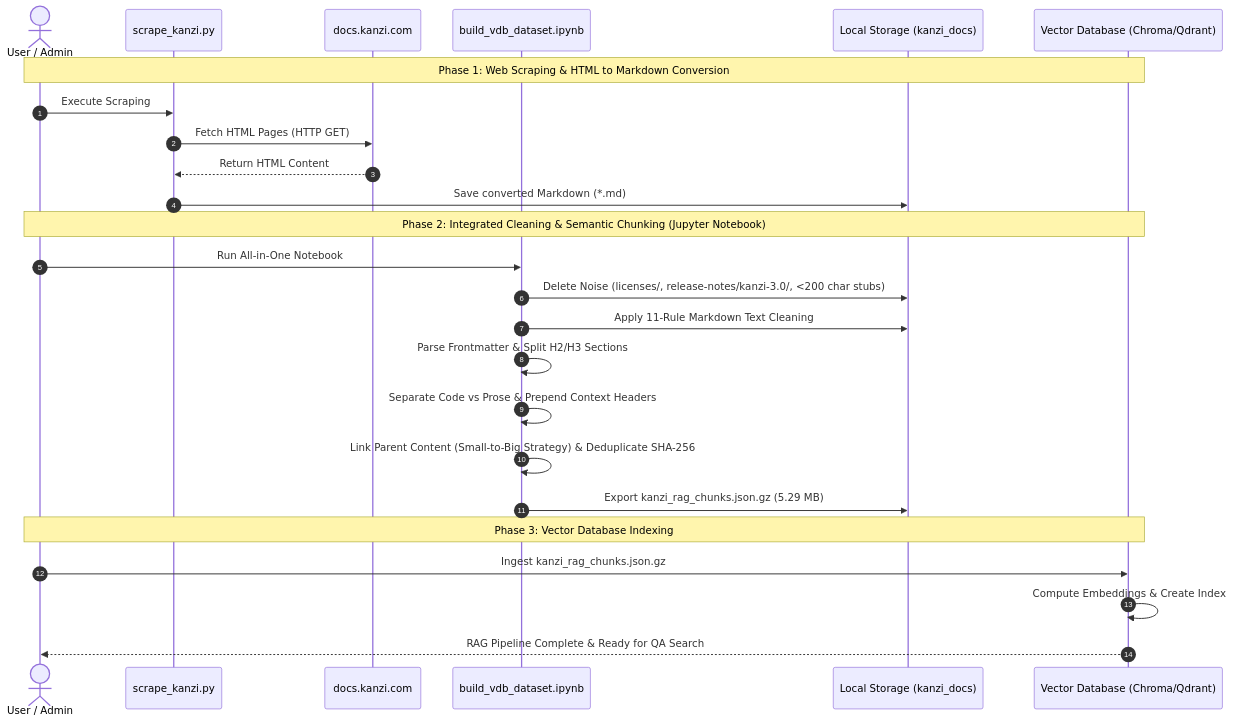
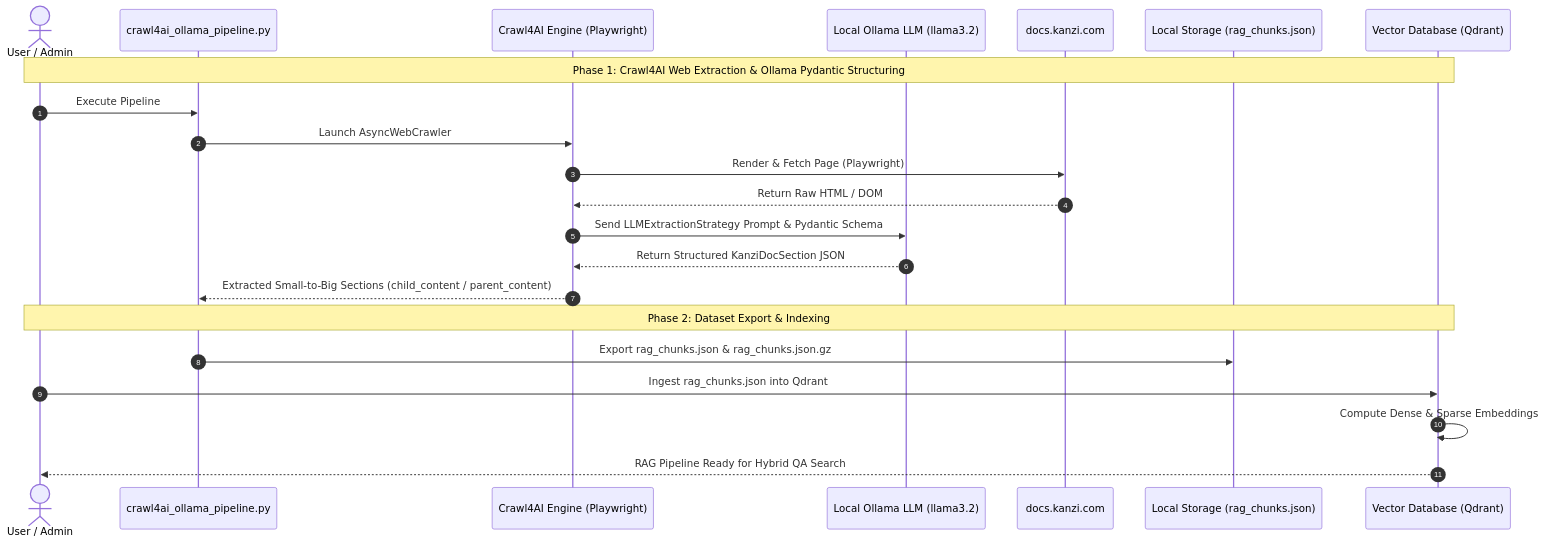
Before and after one commit to boycececil666gmailcom/Enterprise-RAG-Engine: the diagram in preprocessing-pipeline/RAG_OPTIMIZATION_PROCESS.md, drawn with Mermaid. The commit also changed other lines of this file and 5 other files, not shown here.

Commit message:
feat: implement Crawl4AI and Ollama-based documentation extraction pipeline with automated JSON chunking

````diff
--- a/preprocessing-pipeline/RAG_OPTIMIZATION_PROCESS.md
+++ b/preprocessing-pipeline/RAG_OPTIMIZATION_PROCESS.md
@@ -25,30 +23,26 @@
 ```mermaid
 sequenceDiagram
     autonumber
     actor User as User / Admin
-    participant Scraper as scrape_kanzi.py
+    participant Pipeline as crawl4ai_ollama_pipeline.py
+    participant Crawl4AI as Crawl4AI Engine (Playwright)
+    participant Ollama as Local Ollama LLM (llama3.2)
     participant Web as docs.kanzi.com
-    participant Notebook as build_vdb_dataset.ipynb
-    participant Storage as Local Storage (kanzi_docs)
-    participant VectorDB as Vector Database (Chroma/Qdrant)
+    participant Storage as Local Storage (rag_chunks.json)
+    participant VectorDB as Vector Database (Qdrant)
 
-    Note over User, VectorDB: Phase 1: Web Scraping & HTML to Markdown Conversion
-    User->>Scraper: Execute Scraping
-    Scraper->>Web: Fetch HTML Pages (HTTP GET)
-    Web-->>Scraper: Return HTML Content
-    Scraper->>Storage: Save converted Markdown (*.md)
+    Note over User, VectorDB: Phase 1: Crawl4AI Web Extraction & Ollama Pydantic Structuring
+    User->>Pipeline: Execute Pipeline
+    Pipeline->>Crawl4AI: Launch AsyncWebCrawler
+    Crawl4AI->>Web: Render & Fetch Page (Playwright)
+    Web-->>Crawl4AI: Return Raw HTML / DOM
+    Crawl4AI->>Ollama: Send LLMExtractionStrategy Prompt & Pydantic Schema
+    Ollama-->>Crawl4AI: Return Structured KanziDocSection JSON
+    Crawl4AI-->>Pipeline: Extracted Small-to-Big Sections (child_content / parent_content)
 
-    Note over User, VectorDB: Phase 2: Integrated Cleaning & Semantic Chunking (Jupyter Notebook)
-    User->>Notebook: Run All-in-One Notebook
-    Notebook->>Storage: Delete Noise (licenses/, release-notes/kanzi-3.0/, <200 char stubs)
-    Notebook->>Storage: Apply 11-Rule Markdown Text Cleaning
-    Notebook->>Notebook: Parse Frontmatter & Split H2/H3 Sections
-    Notebook->>Notebook: Separate Code vs Prose & Prepend Context Headers
-    Notebook->>Notebook: Link Parent Content (Small-to-Big Strategy) & Deduplicate SHA-256
-    Notebook->>Storage: Export kanzi_rag_chunks.json.gz (5.29 MB)
-
-    Note over User, VectorDB: Phase 3: Vector Database Indexing
-    User->>VectorDB: Ingest kanzi_rag_chunks.json.gz
-    VectorDB->>VectorDB: Compute Embeddings & Create Index
-    VectorDB-->>User: RAG Pipeline Complete & Ready for QA Search
+    Note over User, VectorDB: Phase 2: Dataset Export & Indexing
+    Pipeline->>Storage: Export rag_chunks.json & rag_chunks.json.gz
+    User->>VectorDB: Ingest rag_chunks.json into Qdrant
+    VectorDB->>VectorDB: Compute Dense & Sparse Embeddings
+    VectorDB-->>User: RAG Pipeline Ready for Hybrid QA Search
 ```
````
